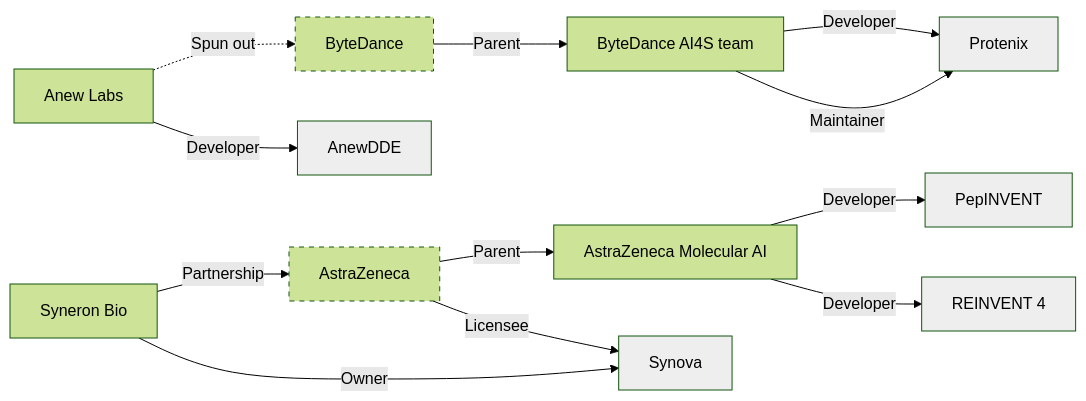
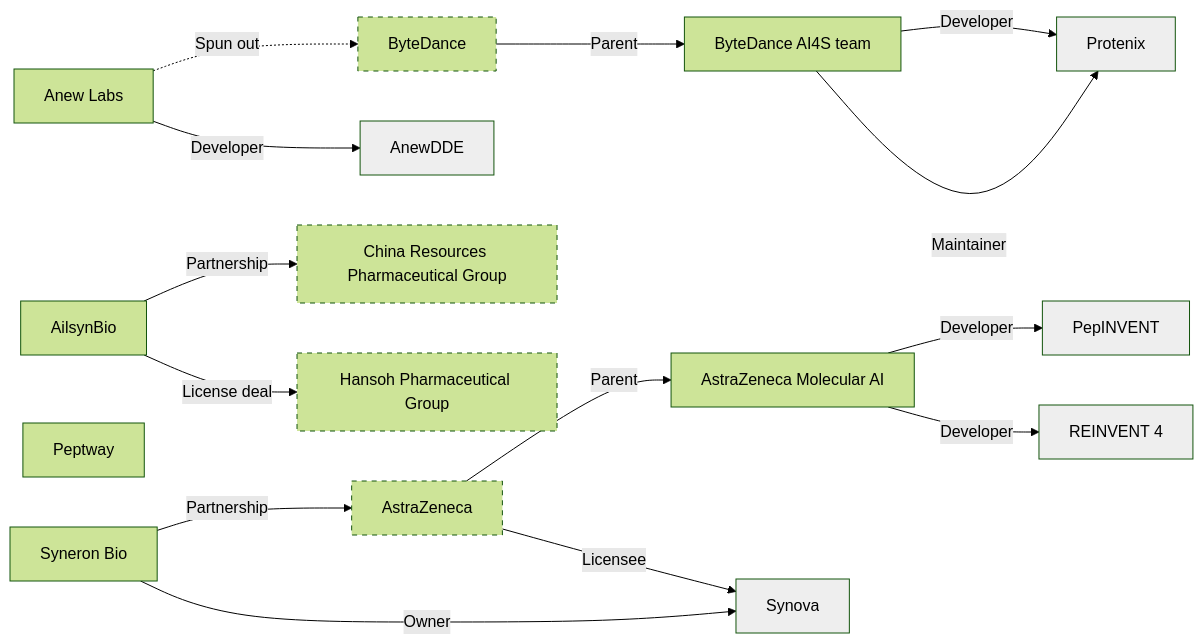
The diagram in index/lineage.md (zhaisilong/awesome-peptide-company), drawn with Mermaid (forest theme) before and after one commit. The commit also changed 38 other files, not shown here.

````diff
--- a/index/lineage.md
+++ b/index/lineage.md
@@ -5,27 +5,33 @@
 ```mermaid
 flowchart LR
-    e0["Anew Labs"]
-    e1["AstraZeneca"]:::stub
-    e2["AstraZeneca Molecular AI"]
-    e3["ByteDance"]:::stub
-    e4["ByteDance AI4S team"]
-    e5["Syneron Bio"]
+    e0["AilsynBio"]
+    e1["Anew Labs"]
+    e2["AstraZeneca"]:::stub
+    e3["AstraZeneca Molecular AI"]
+    e4["ByteDance"]:::stub
+    e5["ByteDance AI4S team"]
+    e6["China Resources Pharmaceutical Group"]:::stub
+    e7["Hansoh Pharmaceutical Group"]:::stub
+    e8["Peptway"]
+    e9["Syneron Bio"]
     a0["AnewDDE"]:::asset
     a1["PepINVENT"]:::asset
     a2["Protenix"]:::asset
     a3["REINVENT 4"]:::asset
     a4["Synova"]:::asset
-    e0 -.->|"Spun out"| e3
-    e1 -->|"Parent"| e2
-    e3 -->|"Parent"| e4
-    e5 -->|"Partnership"| e1
-    e0 -->|"Developer"| a0
-    e1 -->|"Licensee"| a4
-    e2 -->|"Developer"| a1
-    e2 -->|"Developer"| a3
-    e4 -->|"Developer"| a2
-    e4 -->|"Maintainer"| a2
-    e5 -->|"Owner"| a4
+    e0 -->|"Partnership"| e6
+    e0 -->|"License deal"| e7
+    e1 -.->|"Spun out"| e4
+    e2 -->|"Parent"| e3
+    e4 -->|"Parent"| e5
+    e9 -->|"Partnership"| e2
+    e1 -->|"Developer"| a0
+    e2 -->|"Licensee"| a4
+    e3 -->|"Developer"| a1
+    e3 -->|"Developer"| a3
+    e5 -->|"Developer"| a2
+    e5 -->|"Maintainer"| a2
+    e9 -->|"Owner"| a4
     classDef stub stroke-dasharray: 5 5
     classDef asset fill:#eeeeee
 ```
````
